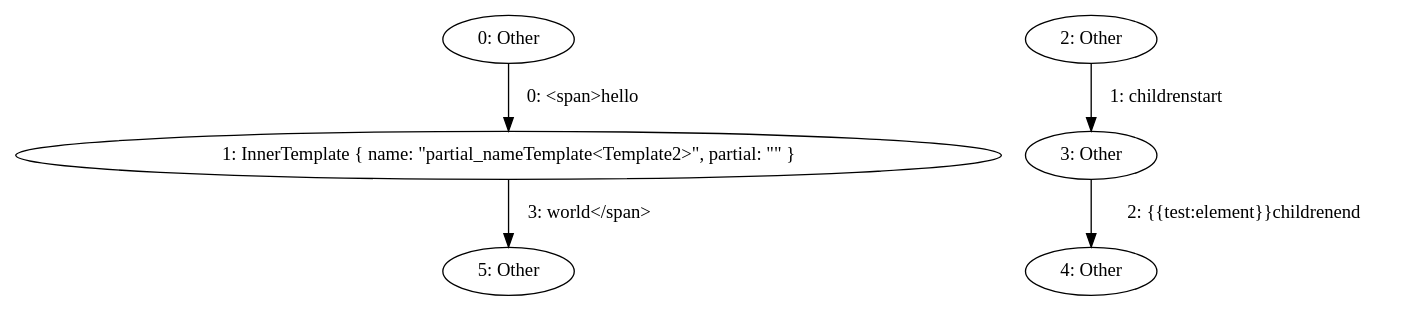
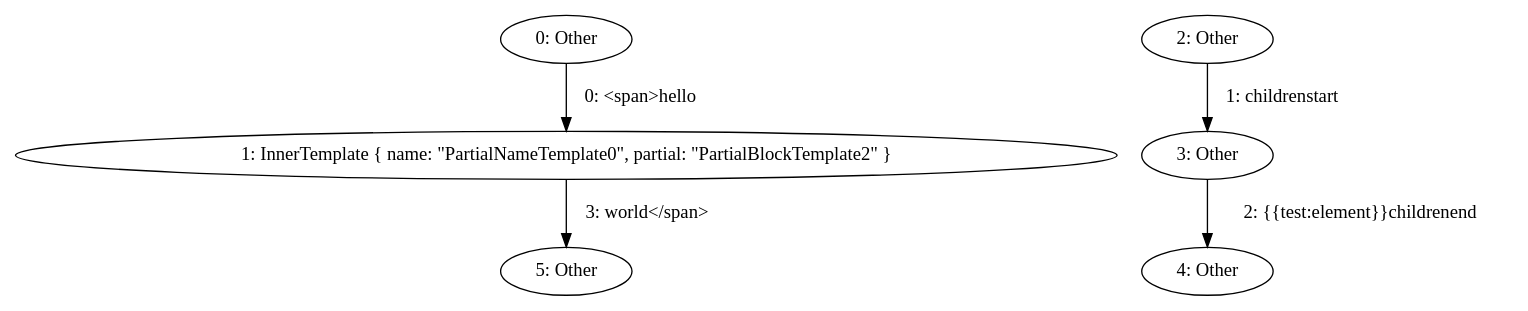
One commit to mohe2015/zero-cost-templating changed the diagram in zero-cost-templating/partial_block.dot. Above: the diagram before and after it, drawn with Graphviz. The commit also changed 3 other files, not shown here.

```diff
--- a/zero-cost-templating/partial_block.dot
+++ b/zero-cost-templating/partial_block.dot
@@ -1,12 +1,12 @@
 digraph {
     0 [ label = "0: Other" ]
-    1 [ label = "1: InnerTemplate { name: \"partial_nameTemplate<Template2>\", partial: \"\" }" ]
+    1 [ label = "1: InnerTemplate { name: \"PartialNameTemplate0\", partial: \"PartialBlockTemplate2\" }" ]
     2 [ label = "2: Other" ]
     3 [ label = "3: Other" ]
     4 [ label = "4: Other" ]
     5 [ label = "5: Other" ]
     0 -> 1 [ label = "0: <span>hello" ]
     2 -> 3 [ label = "1: childrenstart" ]
     3 -> 4 [ label = "2: {{test:element}}childrenend" ]
     1 -> 5 [ label = "3: world</span>" ]
 }
```
